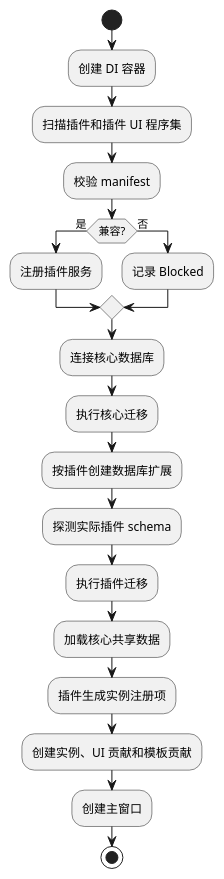
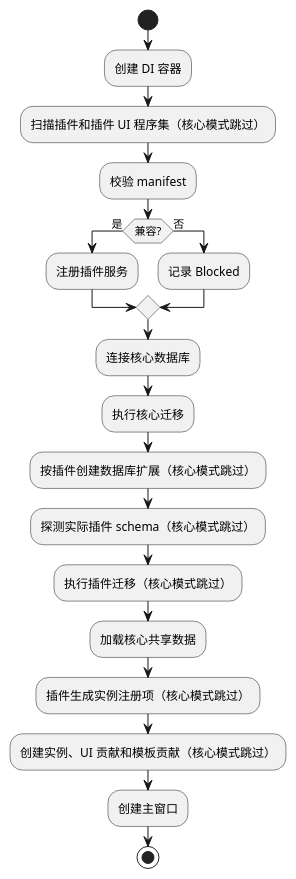
The diagram in Docs/diagrams/startup-lifecycle.puml (micro123/diary-app), drawn with PlantUML before and after one commit. The commit also changed 8 other files, not shown here.

```diff
--- a/Docs/diagrams/startup-lifecycle.puml
+++ b/Docs/diagrams/startup-lifecycle.puml
@@ -1,21 +1,21 @@
 @startuml
 start
 :创建 DI 容器;
-:扫描插件和插件 UI 程序集;
+:扫描插件和插件 UI 程序集（核心模式跳过）;
 :校验 manifest;
 if (兼容?) then (是)
   :注册插件服务;
 else (否)
   :记录 Blocked;
 endif
 :连接核心数据库;
 :执行核心迁移;
-:按插件创建数据库扩展;
-:探测实际插件 schema;
-:执行插件迁移;
+:按插件创建数据库扩展（核心模式跳过）;
+:探测实际插件 schema（核心模式跳过）;
+:执行插件迁移（核心模式跳过）;
 :加载核心共享数据;
-:插件生成实例注册项;
-:创建实例、UI 贡献和模板贡献;
+:插件生成实例注册项（核心模式跳过）;
+:创建实例、UI 贡献和模板贡献（核心模式跳过）;
 :创建主窗口;
 stop
 @enduml
```
